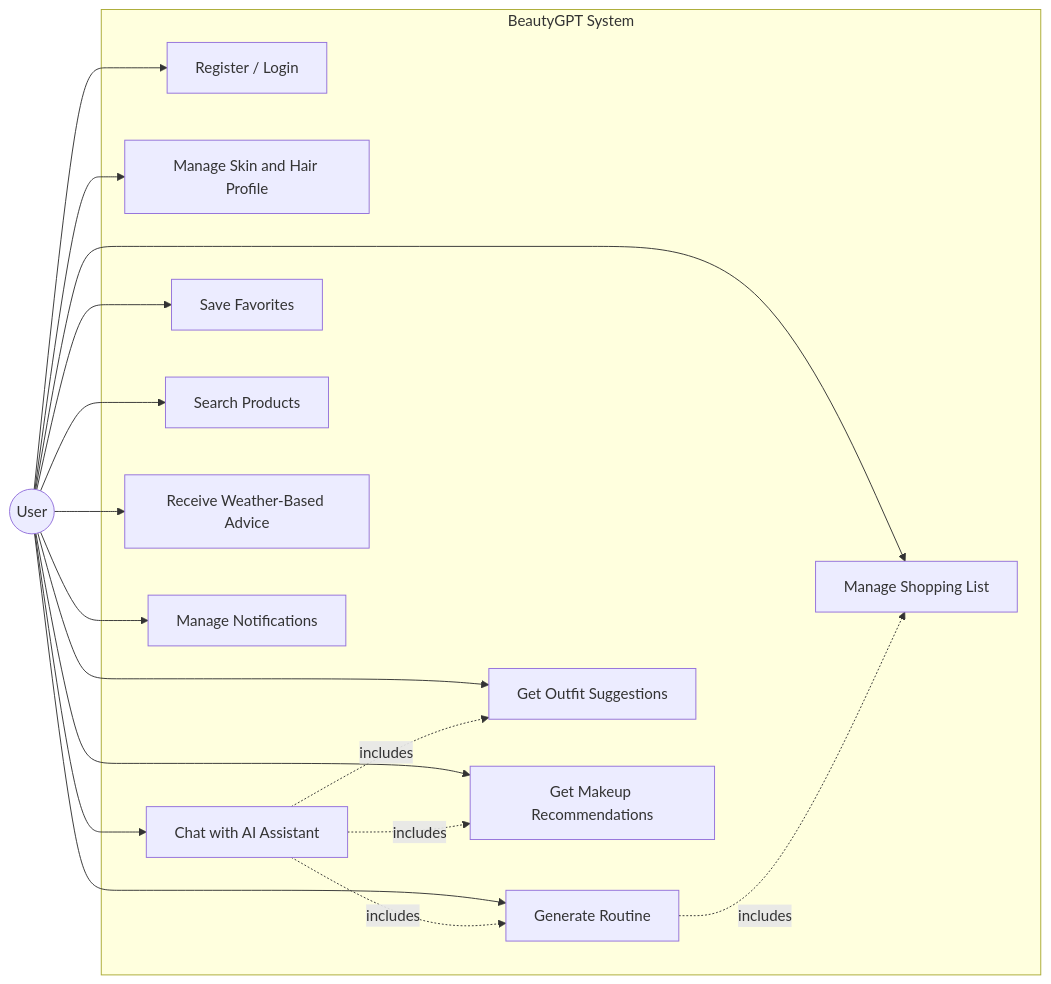
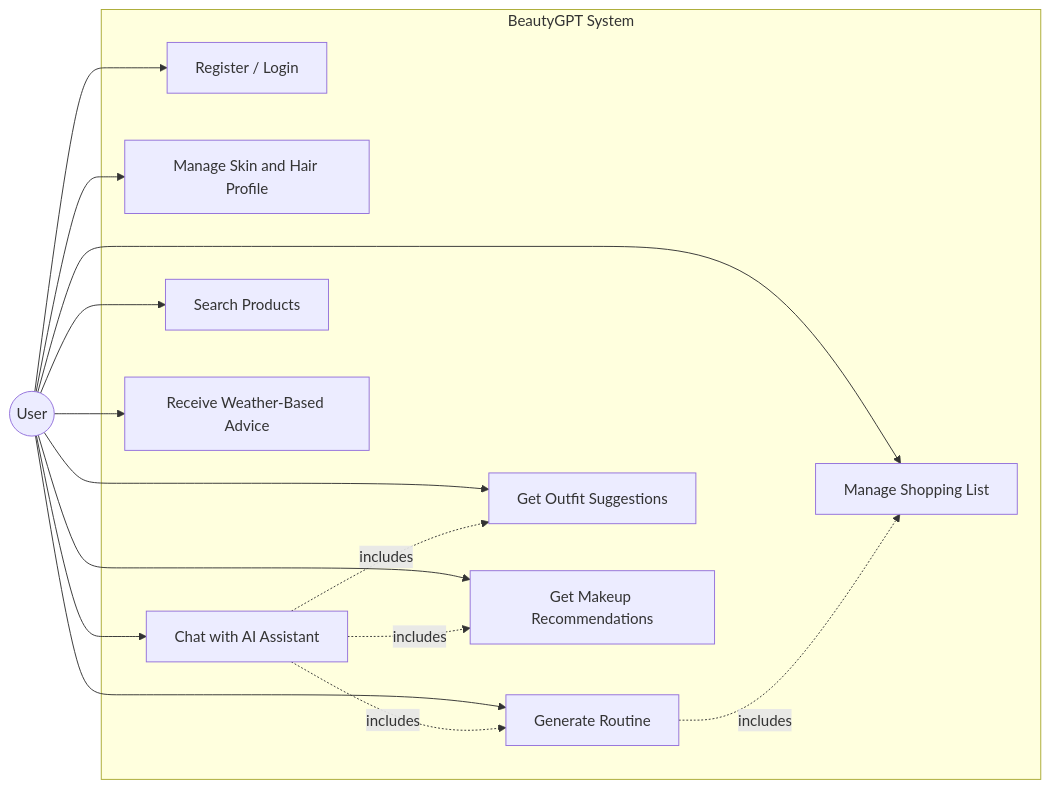
One commit to fikrifatimezzahra20-blip/BeautyGPT changed the first of 10 diagrams in README.md. Above: the diagram before and after it, drawn with Mermaid. The commit also changed other lines of this file, not shown here.

Commit message:
Refine AI agent functionality by removing references to favorites and enhancing shopping list management in the README

````diff
--- a/README.md
+++ b/README.md
@@ -195,35 +195,31 @@
 ```mermaid
 flowchart LR
     U((User))
 
     subgraph SYS["BeautyGPT System"]
         UC1[Register / Login]
         UC2[Manage Skin and Hair Profile]
         UC3[Chat with AI Assistant]
         UC4[Generate Routine]
         UC5[Manage Shopping List]
-        UC6[Save Favorites]
         UC7[Get Outfit Suggestions]
         UC8[Get Makeup Recommendations]
         UC9[Search Products]
         UC10[Receive Weather-Based Advice]
-        UC11[Manage Notifications]
     end
 
     U --> UC1
     U --> UC2
     U --> UC3
     U --> UC4
     U --> UC5
-    U --> UC6
     U --> UC7
     U --> UC8
     U --> UC9
     U --> UC10
-    U --> UC11
 
     UC3 -.includes.-> UC4
     UC3 -.includes.-> UC7
     UC3 -.includes.-> UC8
     UC4 -.includes.-> UC5
 ```
````
